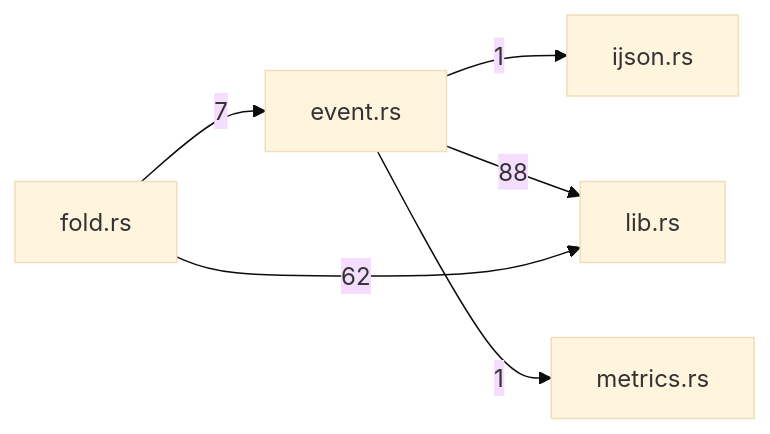
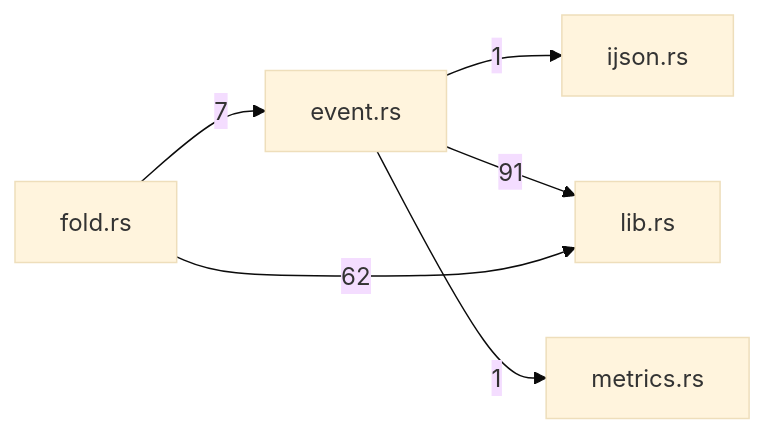
One commit to TekesApps/TekesKernel changed the diagram in crates/schema/docs/generated/index.md. Above: the diagram before and after it, drawn with Mermaid (base theme). The commit also changed other lines of this file and 278 other files, not shown here.

````diff
--- a/crates/schema/docs/generated/index.md
+++ b/crates/schema/docs/generated/index.md
@@ -54,13 +55,13 @@
 ```mermaid
 flowchart LR
   m0["event.rs"]
   m1["fold.rs"]
   m2["ijson.rs"]
   m3["lib.rs"]
   m4["metrics.rs"]
   m0 -->|"1"| m2
-  m0 -->|"88"| m3
+  m0 -->|"91"| m3
   m0 -->|"1"| m4
   m1 -->|"7"| m0
   m1 -->|"62"| m3
 ```
````
